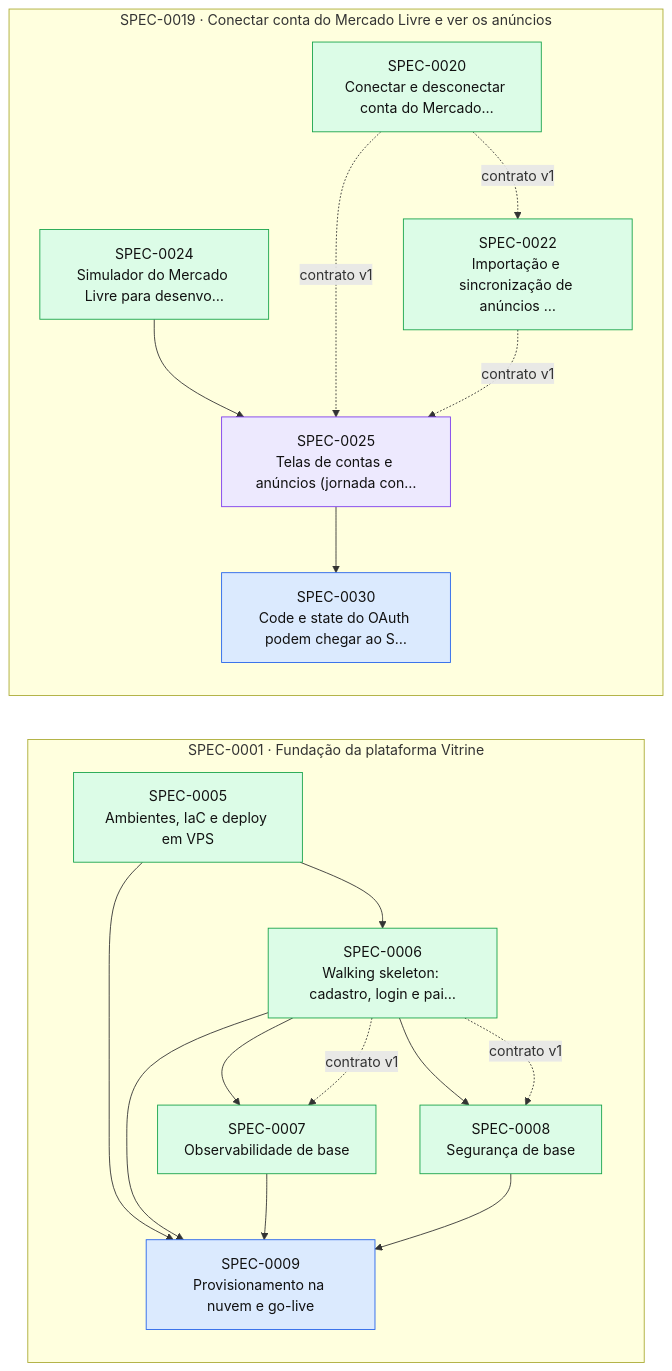
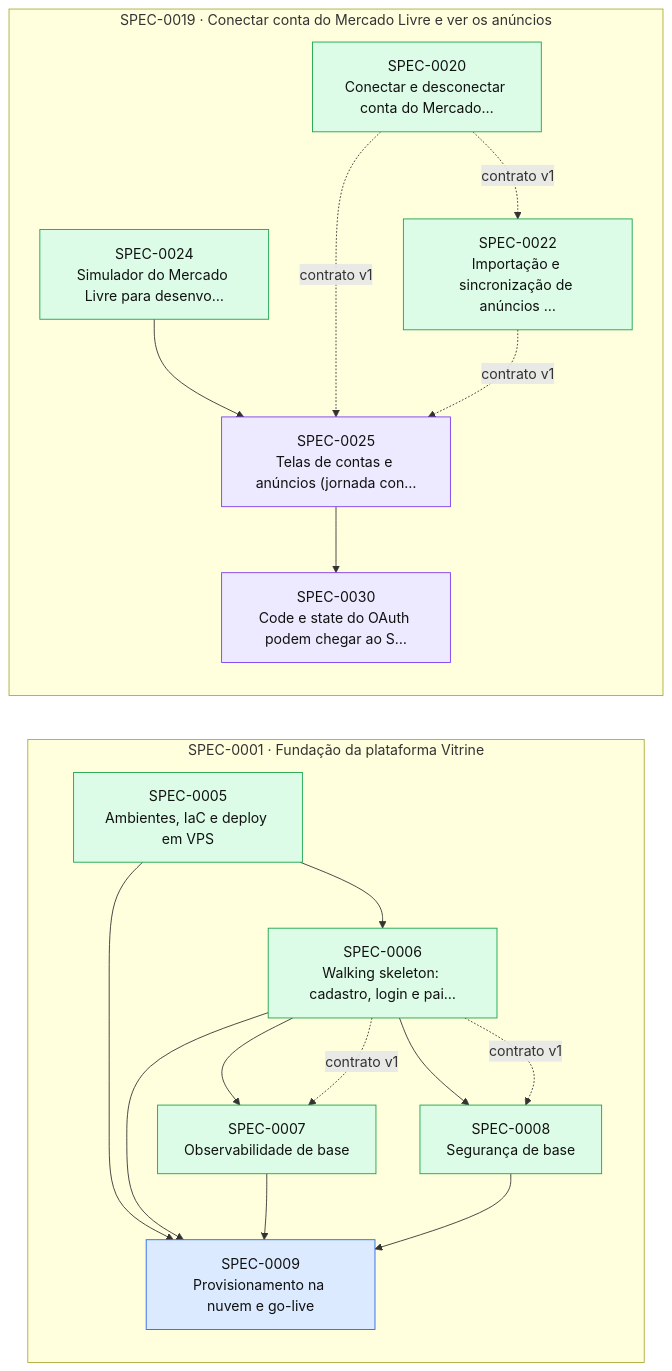
The diagram in docs/specs/INDEX.md (thomasravache/vitrine), drawn with Mermaid before and after one commit. The commit also changed other lines of this file and 2 other files, not shown here.

First line of the commit message:
docs(specs): despacha a SPEC-0030

````diff
--- a/docs/specs/INDEX.md
+++ b/docs/specs/INDEX.md
@@ -60,36 +60,36 @@
 ```mermaid
 flowchart LR
   subgraph E0001["SPEC-0001 · Fundação da plataforma Vitrine"]
     S0005["SPEC-0005<br/>Ambientes, IaC e deploy em VPS"]:::implemented
     S0006["SPEC-0006<br/>Walking skeleton: cadastro, login e pai…"]:::implemented
     S0007["SPEC-0007<br/>Observabilidade de base"]:::implemented
     S0008["SPEC-0008<br/>Segurança de base"]:::implemented
     S0009["SPEC-0009<br/>Provisionamento na nuvem e go-live"]:::approved
   end
   subgraph E0019["SPEC-0019 · Conectar conta do Mercado Livre e ver os anúncios"]
     S0020["SPEC-0020<br/>Conectar e desconectar conta do Mercado…"]:::implemented
     S0022["SPEC-0022<br/>Importação e sincronização de anúncios …"]:::implemented
     S0024["SPEC-0024<br/>Simulador do Mercado Livre para desenvo…"]:::implemented
     S0025["SPEC-0025<br/>Telas de contas e anúncios (jornada con…"]:::inprogress
-    S0030["SPEC-0030<br/>Code e state do OAuth podem chegar ao S…"]:::approved
+    S0030["SPEC-0030<br/>Code e state do OAuth podem chegar ao S…"]:::inprogress
   end
   S0005 --> S0006
   S0006 --> S0007
   S0006 -. contrato v1 .-> S0007
   S0006 --> S0008
   S0006 -. contrato v1 .-> S0008
   S0005 --> S0009
   S0006 --> S0009
   S0007 --> S0009
   S0008 --> S0009
   S0020 -. contrato v1 .-> S0022
   S0024 --> S0025
   S0020 -. contrato v1 .-> S0025
   S0022 -. contrato v1 .-> S0025
   S0025 --> S0030
   classDef proposed fill:#fef3c7,stroke:#d97706,color:#111
   classDef approved fill:#dbeafe,stroke:#2563eb,color:#111
   classDef inprogress fill:#ede9fe,stroke:#7c3aed,color:#111
   classDef implemented fill:#dcfce7,stroke:#16a34a,color:#111
   classDef deprecated fill:#f3f4f6,stroke:#9ca3af,color:#6b7280
 ```
````
